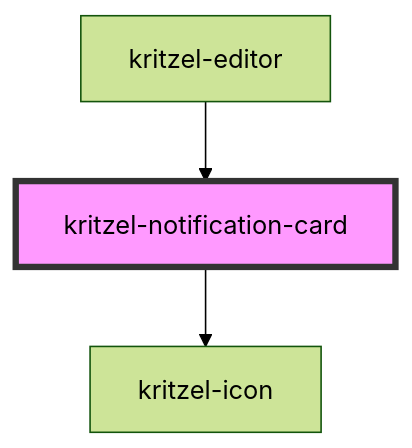
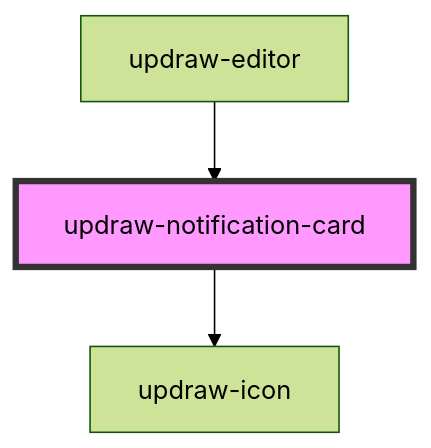
The diagram in libs/editor/core/src/components/updraw-notification-card/readme.md (kasual1/kritzel), drawn with Mermaid (forest theme) before and after one commit. The commit also changed other lines of this file and 1129 other files, not shown here.

First line of the commit message:
Replace kritzel with updraw across the codebase

````diff
--- a/libs/editor/core/src/components/updraw-notification-card/readme.md
+++ b/libs/editor/core/src/components/updraw-notification-card/readme.md
@@ -85,6 +85,6 @@
 ```mermaid
 graph TD;
-  kritzel-notification-card --> kritzel-icon
-  kritzel-editor --> kritzel-notification-card
-  style kritzel-notification-card fill:#f9f,stroke:#333,stroke-width:4px
+  updraw-notification-card --> updraw-icon
+  updraw-editor --> updraw-notification-card
+  style updraw-notification-card fill:#f9f,stroke:#333,stroke-width:4px
 ```
````
